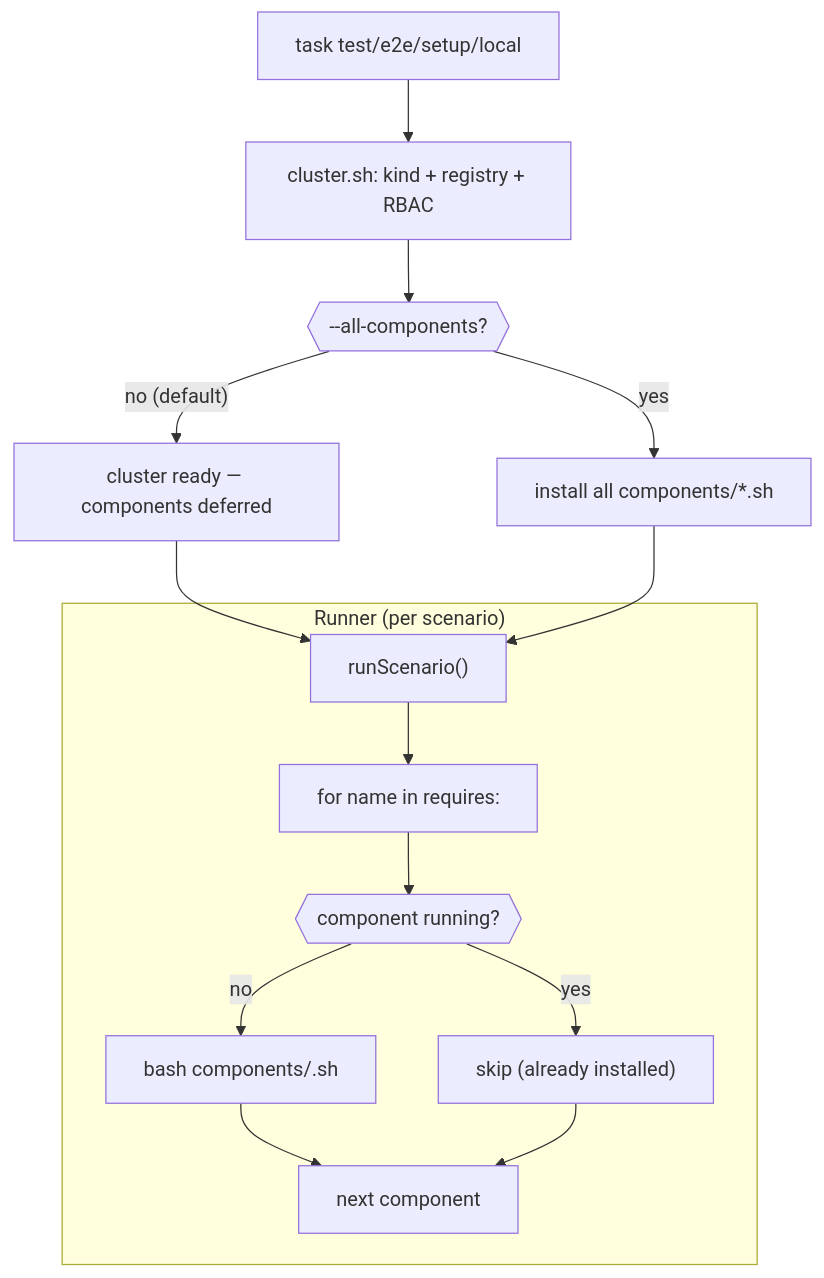
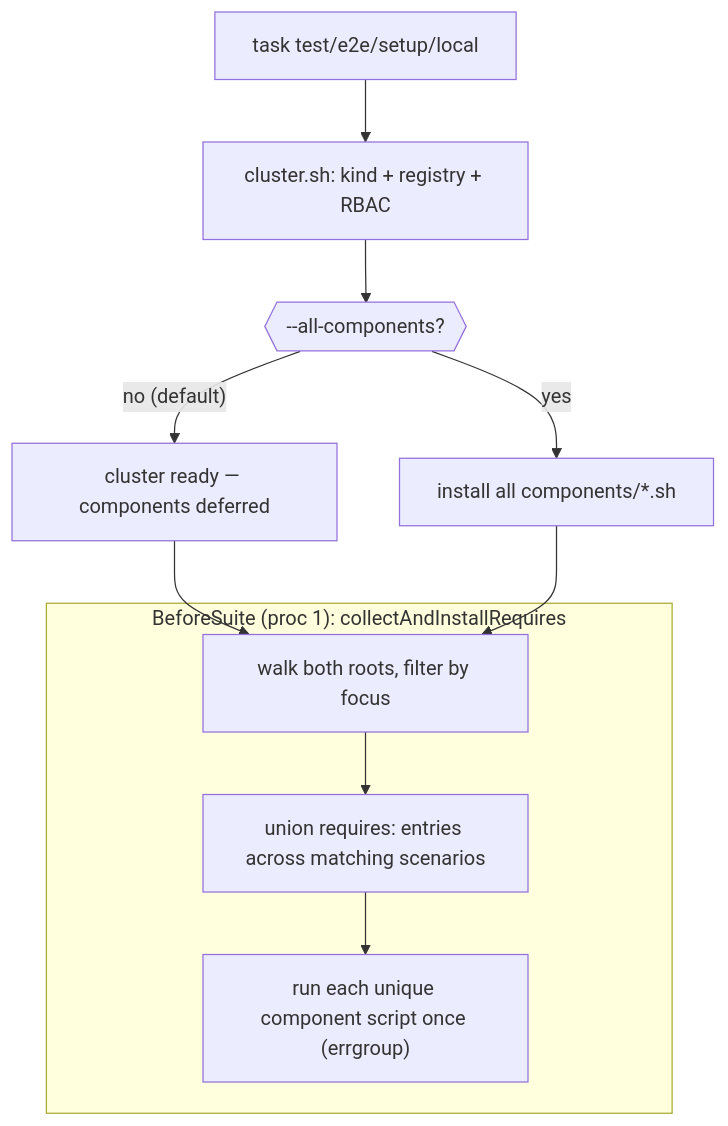
The second of 4 diagrams in kubernetes/controller/test/e2e/DESIGN.md (sk31337/open-component-model), drawn with Mermaid before and after one commit. The commit also changed other lines of this file and 3 other files, not shown here.

````diff
--- a/kubernetes/controller/test/e2e/DESIGN.md
+++ b/kubernetes/controller/test/e2e/DESIGN.md
@@ -51,19 +56,15 @@
 ```mermaid
 flowchart TD
     START["task test/e2e/setup/local"] --> CLUSTER["cluster.sh: kind + registry + RBAC"]
     CLUSTER --> FLAG{{"--all-components?"}}
     FLAG -- "yes" --> ALL["install all components/*.sh"]
     FLAG -- "no (default)" --> DONE1["cluster ready — components deferred"]
 
-    subgraph "Runner (per scenario)"
-        RUN["runScenario()"] --> REQ["for name in requires:"]
-        REQ --> CHK{{"component running?"}}
-        CHK -- "yes" --> SKIP["skip (already installed)"]
-        CHK -- "no" --> INST["bash components/<name>.sh"]
-        INST --> NEXT["next component"]
-        SKIP --> NEXT
+    subgraph "BeforeSuite (proc 1): collectAndInstallRequires"
+        BS["walk both roots, filter by focus"] --> UNION["union requires: entries across matching scenarios"]
+        UNION --> PARALLEL["run each unique component script once (errgroup)"]
     end
 
-    DONE1 --> RUN
-    ALL --> RUN
+    DONE1 --> BS
+    ALL --> BS
 ```
````
